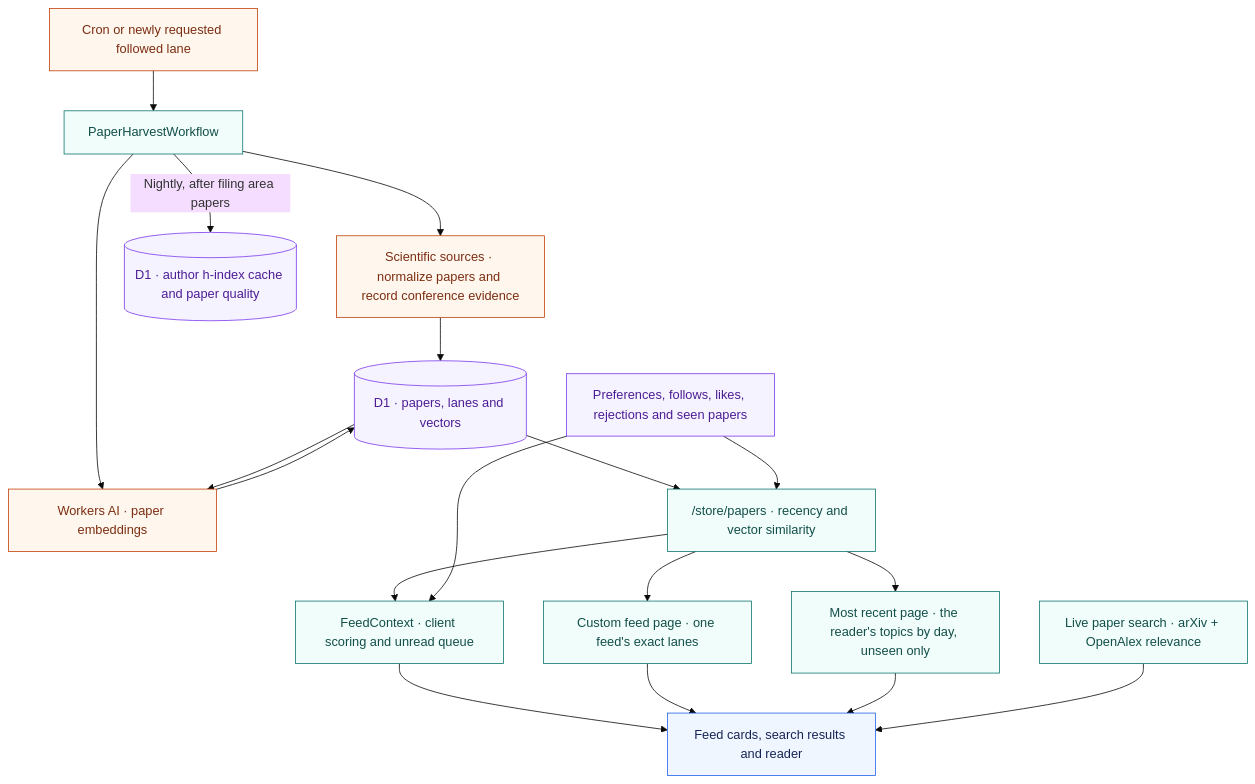
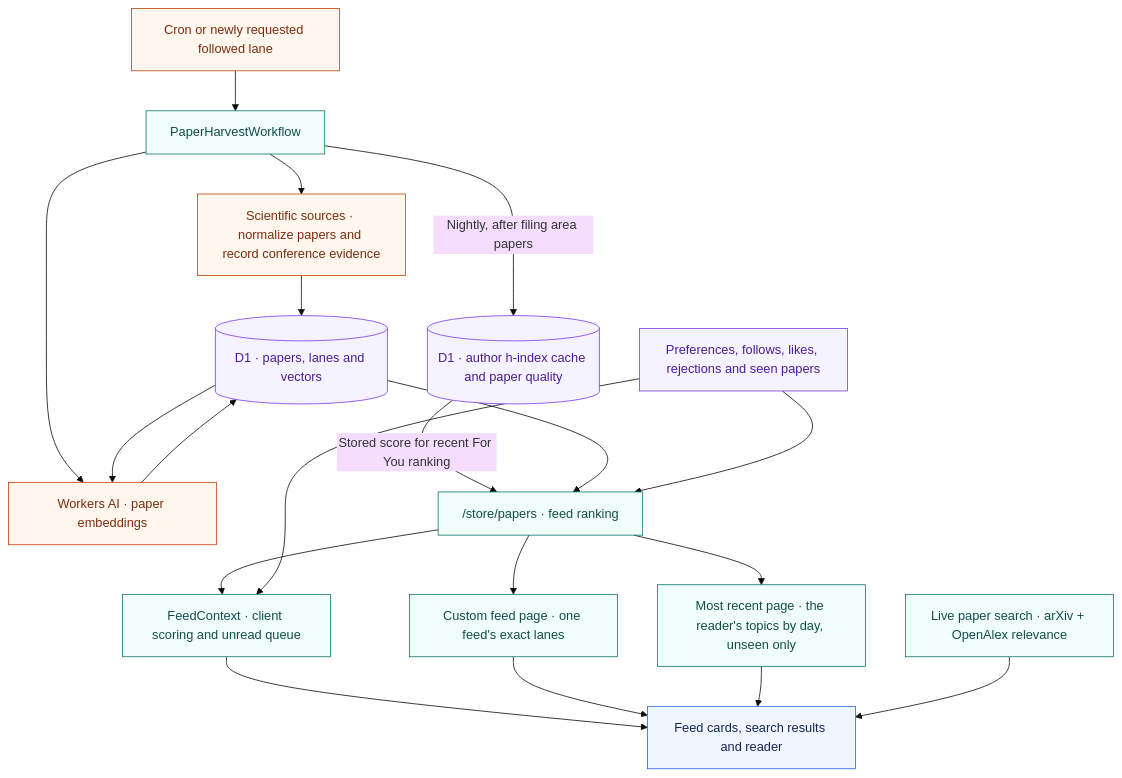
One commit to mugar123/papertok changed the second of 2 diagrams in ARCHITECTURE.md. Above: the diagram before and after it, drawn with Mermaid (base theme). The commit also changed other lines of this file and 4 other files, not shown here.

Commit message:
Rank recent For You papers with positive quality signals (ENG-239)

````diff
--- a/ARCHITECTURE.md
+++ b/ARCHITECTURE.md
@@ -187,36 +187,37 @@
 ```mermaid
 flowchart TD
     Trigger["Cron or newly requested followed lane"]
     Harvest["PaperHarvestWorkflow"]
     Sources["Scientific sources · normalize papers and record conference evidence"]
     Vectors["Workers AI · paper embeddings"]
     Corpus[("D1 · papers, lanes and vectors")]
     Quality[("D1 · author h-index cache and paper quality")]
-    API["/store/papers · recency and vector similarity"]
+    API["/store/papers · feed ranking"]
     Feed["FeedContext · client scoring and unread queue"]
     Custom["Custom feed page · one feed's exact lanes"]
     Recent["Most recent page · the reader's topics by day, unseen only"]
     Signals["Preferences, follows, likes, rejections and seen papers"]
     Search["Live paper search · arXiv + OpenAlex relevance"]
     UI["Feed cards, search results and reader"]
 
     Trigger --> Harvest --> Sources --> Corpus
     Harvest --> Vectors --> Corpus
     Corpus --> Vectors
     Harvest -->|Nightly, after filing area papers| Quality
+    Quality -->|Stored score for recent For You ranking| API
     Corpus --> API --> Feed --> UI
     API --> Custom --> UI
     API --> Recent --> UI
     Signals --> API
     Signals --> Feed
     Search --> UI
 
     classDef source fill:#fff7ed,stroke:#c2410c,color:#7c2d12
     classDef data fill:#f5f3ff,stroke:#7c3aed,color:#4c1d95
     classDef logic fill:#f0fdfa,stroke:#0f766e,color:#134e4a
     classDef view fill:#eff6ff,stroke:#2563eb,color:#172554
     class Trigger,Sources,Vectors source
     class Corpus,Quality,Signals data
     class Harvest,API,Feed,Custom,Recent,Search logic
     class UI view
 ```
````
